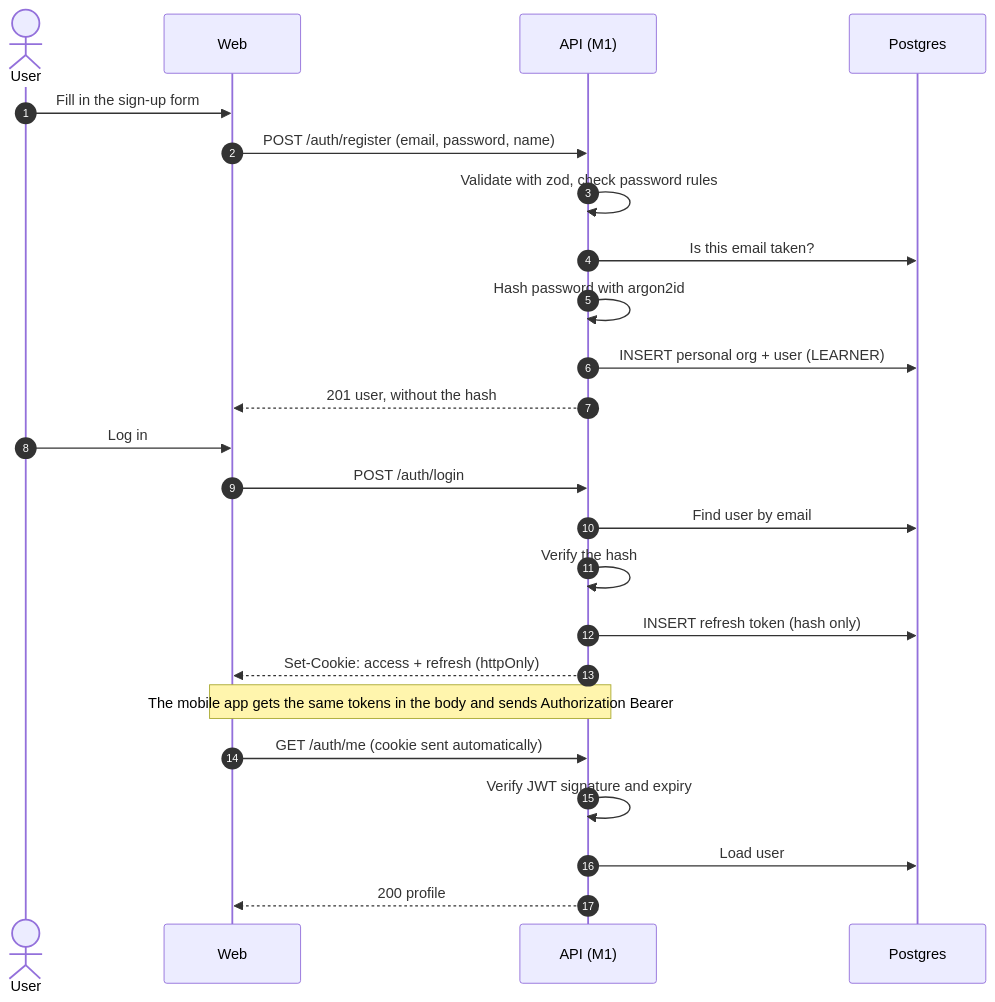
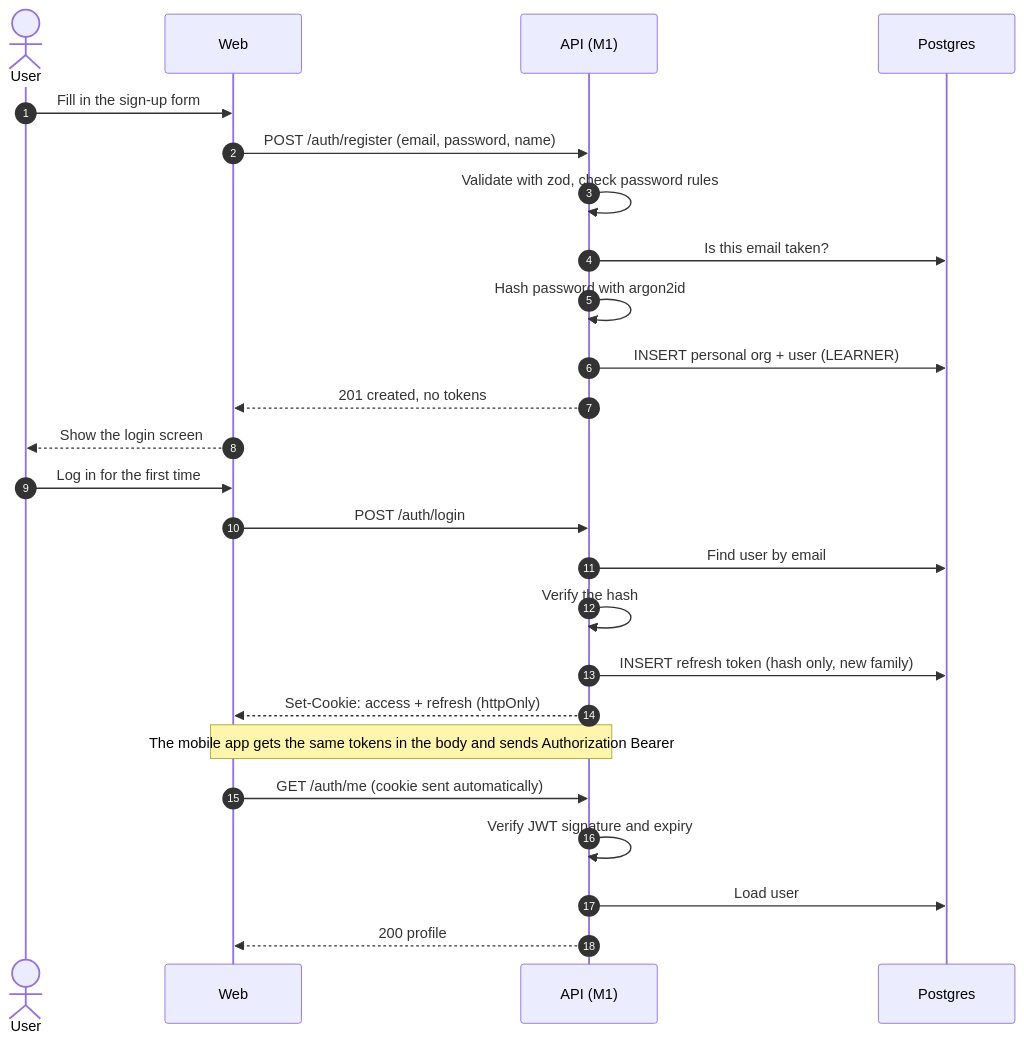
Diagram 19 of 32 in DOCS/phase-2/MP3-System-Design.md (Nidanos/ai-tutor-platform), drawn with Mermaid before and after one commit. The commit also changed other lines of this file, not shown here.

Commit message:
docs: update Phase 2 design with per-skill fade, schema refinements and auth decisions

````diff
--- a/DOCS/phase-2/MP3-System-Design.md
+++ b/DOCS/phase-2/MP3-System-Design.md
@@ -1164,26 +1273,27 @@
 ```mermaid
 sequenceDiagram
   autonumber
   actor U as User
   participant W as Web
   participant A as API (M1)
   participant DB as Postgres
   U->>W: Fill in the sign-up form
   W->>A: POST /auth/register (email, password, name)
   A->>A: Validate with zod, check password rules
   A->>DB: Is this email taken?
   A->>A: Hash password with argon2id
   A->>DB: INSERT personal org + user (LEARNER)
-  A-->>W: 201 user, without the hash
-  U->>W: Log in
+  A-->>W: 201 created, no tokens
+  W-->>U: Show the login screen
+  U->>W: Log in for the first time
   W->>A: POST /auth/login
   A->>DB: Find user by email
   A->>A: Verify the hash
-  A->>DB: INSERT refresh token (hash only)
+  A->>DB: INSERT refresh token (hash only, new family)
   A-->>W: Set-Cookie: access + refresh (httpOnly)
   Note over W,A: The mobile app gets the same tokens in the body and sends Authorization Bearer
   W->>A: GET /auth/me (cookie sent automatically)
   A->>A: Verify JWT signature and expiry
   A->>DB: Load user
   A-->>W: 200 profile
 ```
````
